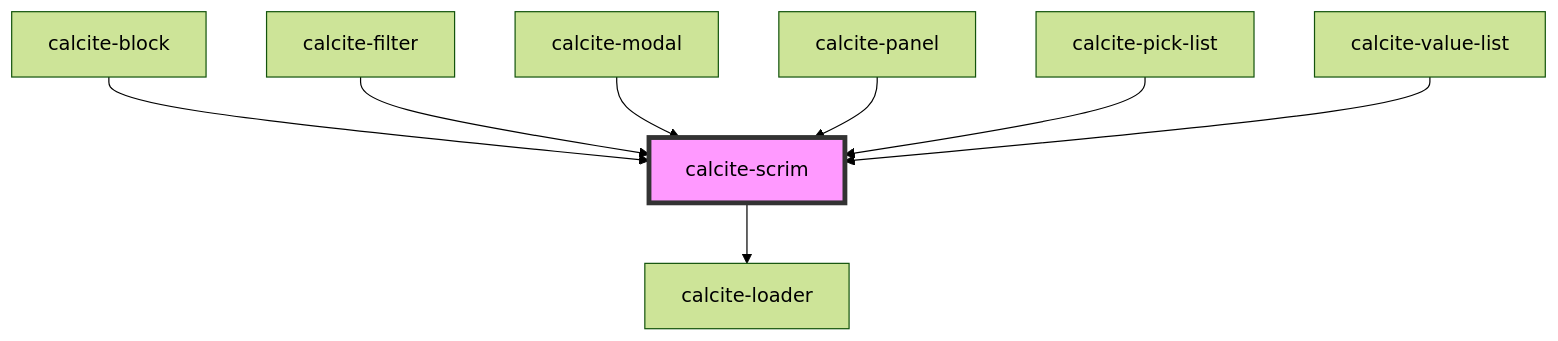
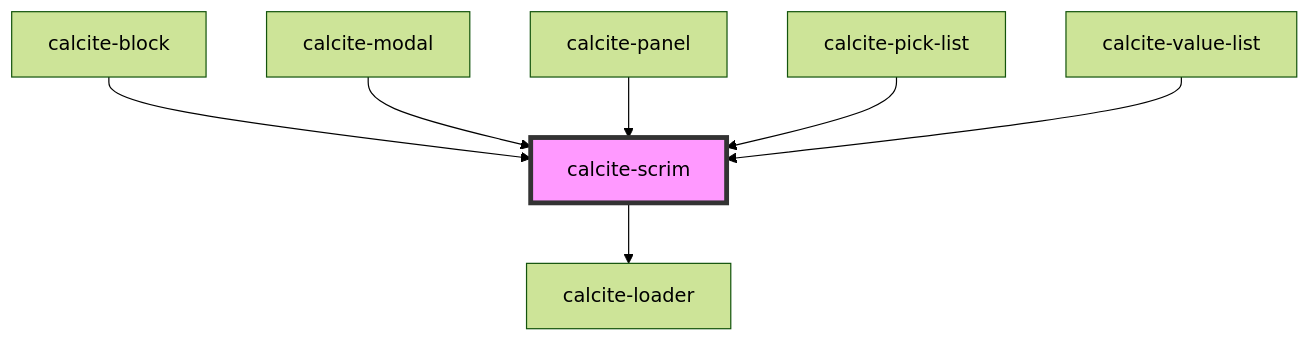
Before and after one commit to vikivakarvc/calcite-design-system: the diagram in src/components/scrim/readme.md, drawn with Mermaid (forest theme). The commit also changed other lines of this file and 7 other files, not shown here.

````diff
--- a/src/components/scrim/readme.md
+++ b/src/components/scrim/readme.md
@@ -67,11 +66,10 @@
 ```mermaid
 graph TD;
   calcite-scrim --> calcite-loader
   calcite-block --> calcite-scrim
-  calcite-filter --> calcite-scrim
   calcite-modal --> calcite-scrim
   calcite-panel --> calcite-scrim
   calcite-pick-list --> calcite-scrim
   calcite-value-list --> calcite-scrim
   style calcite-scrim fill:#f9f,stroke:#333,stroke-width:4px
 ```
````
